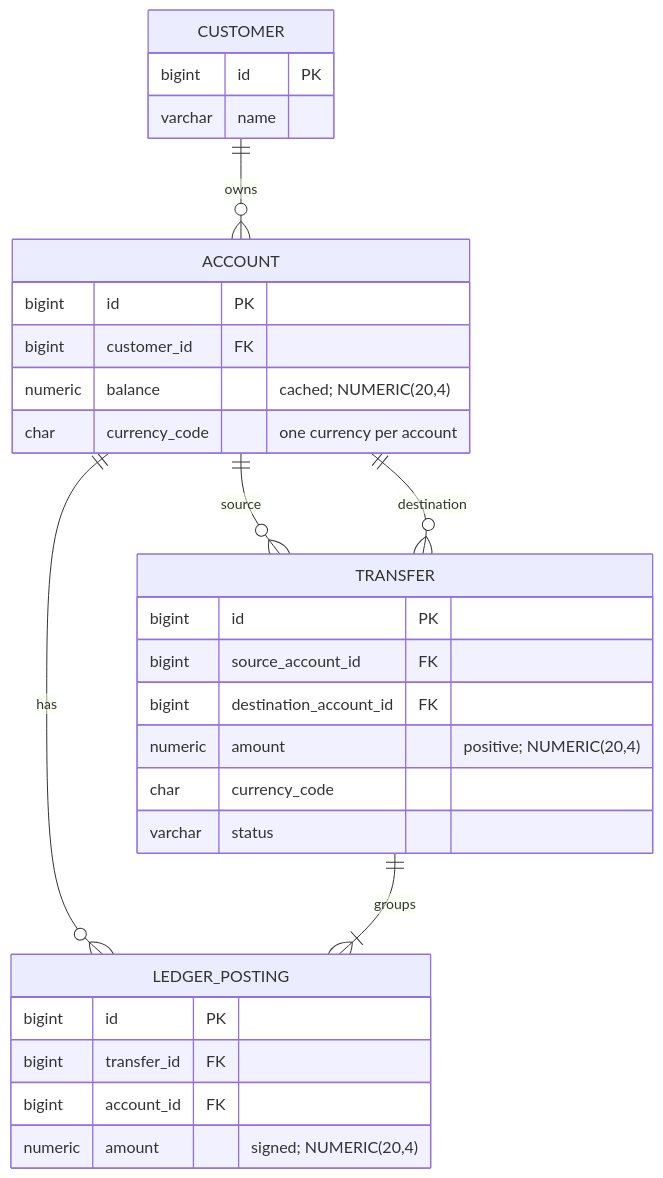
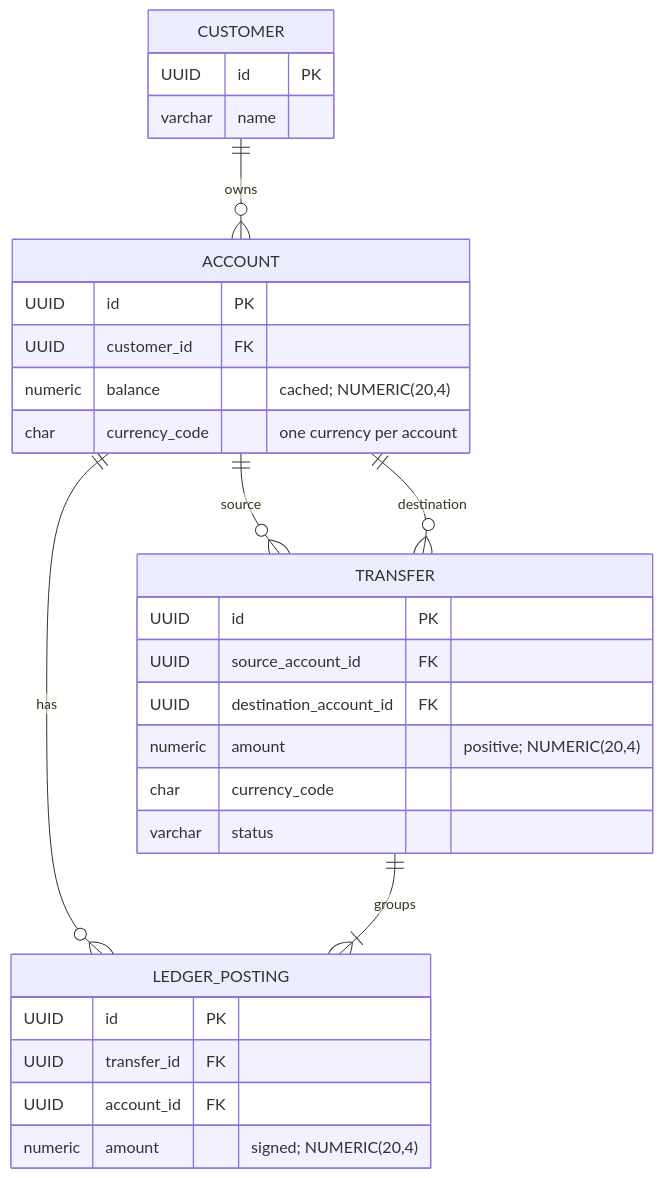
Before and after one commit to adam-elzahiri/payment-processing-platform: the diagram in docs/design/transfer-design.md, drawn with Mermaid.

Commit message:
Update BIGINT to UUID for PK's and FK's

````diff
--- a/docs/design/transfer-design.md
+++ b/docs/design/transfer-design.md
@@ -24,33 +24,33 @@
 ```mermaid
 erDiagram
     CUSTOMER ||--o{ ACCOUNT : owns
     ACCOUNT ||--o{ TRANSFER : source
     ACCOUNT ||--o{ TRANSFER : destination
     ACCOUNT ||--o{ LEDGER_POSTING : has
     TRANSFER ||--|{ LEDGER_POSTING : groups
 
     CUSTOMER {
-        bigint id PK
+        UUID id PK
         varchar name
     }
     ACCOUNT {
-        bigint id PK
-        bigint customer_id FK
+        UUID id PK
+        UUID customer_id FK
         numeric balance "cached; NUMERIC(20,4)"
         char currency_code "one currency per account"
     }
     TRANSFER {
-        bigint id PK
-        bigint source_account_id FK
-        bigint destination_account_id FK
+        UUID id PK
+        UUID source_account_id FK
+        UUID destination_account_id FK
         numeric amount "positive; NUMERIC(20,4)"
         char currency_code
         varchar status
     }
     LEDGER_POSTING {
-        bigint id PK
-        bigint transfer_id FK
-        bigint account_id FK
+        UUID id PK
+        UUID transfer_id FK
+        UUID account_id FK
         numeric amount "signed; NUMERIC(20,4)"
     }
 ```
````
